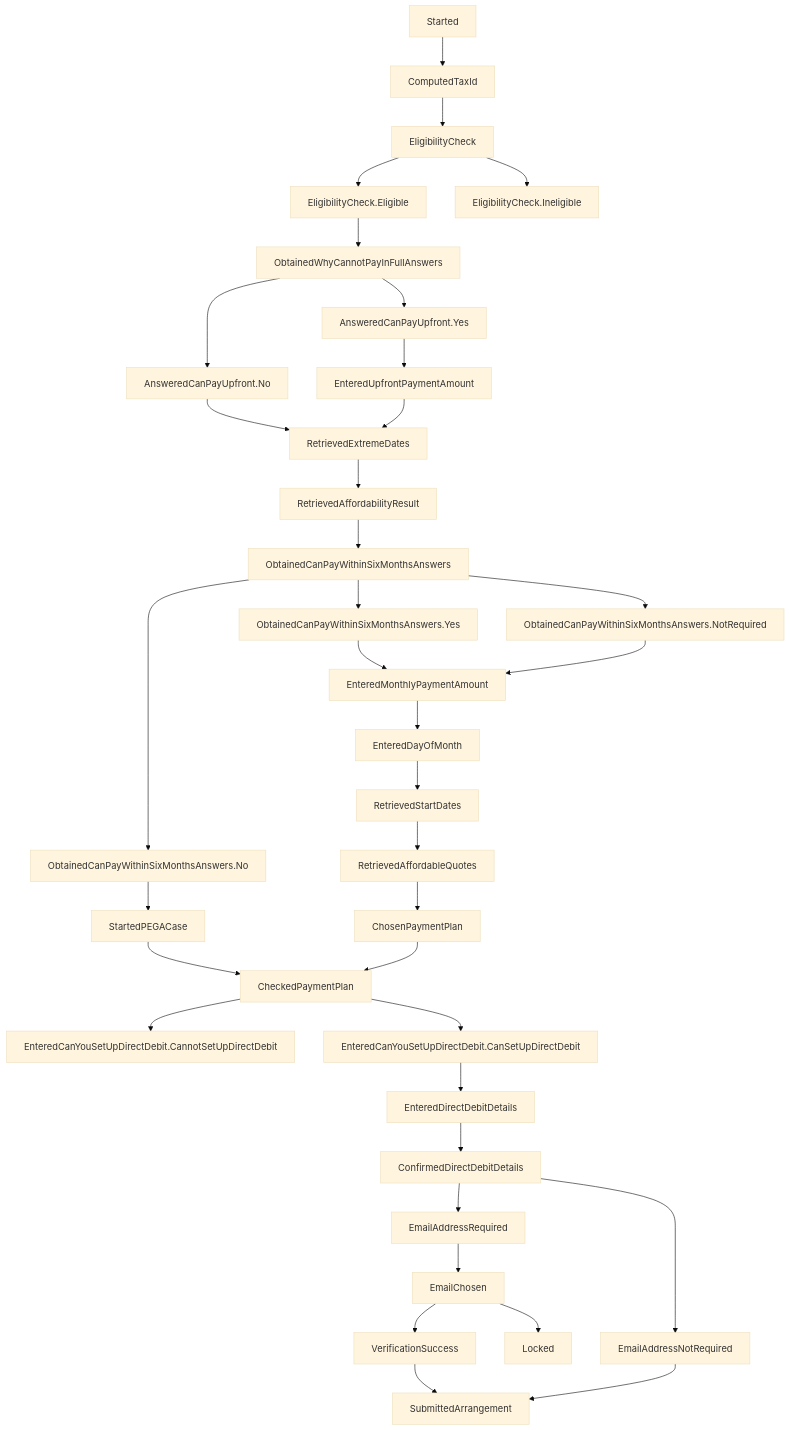
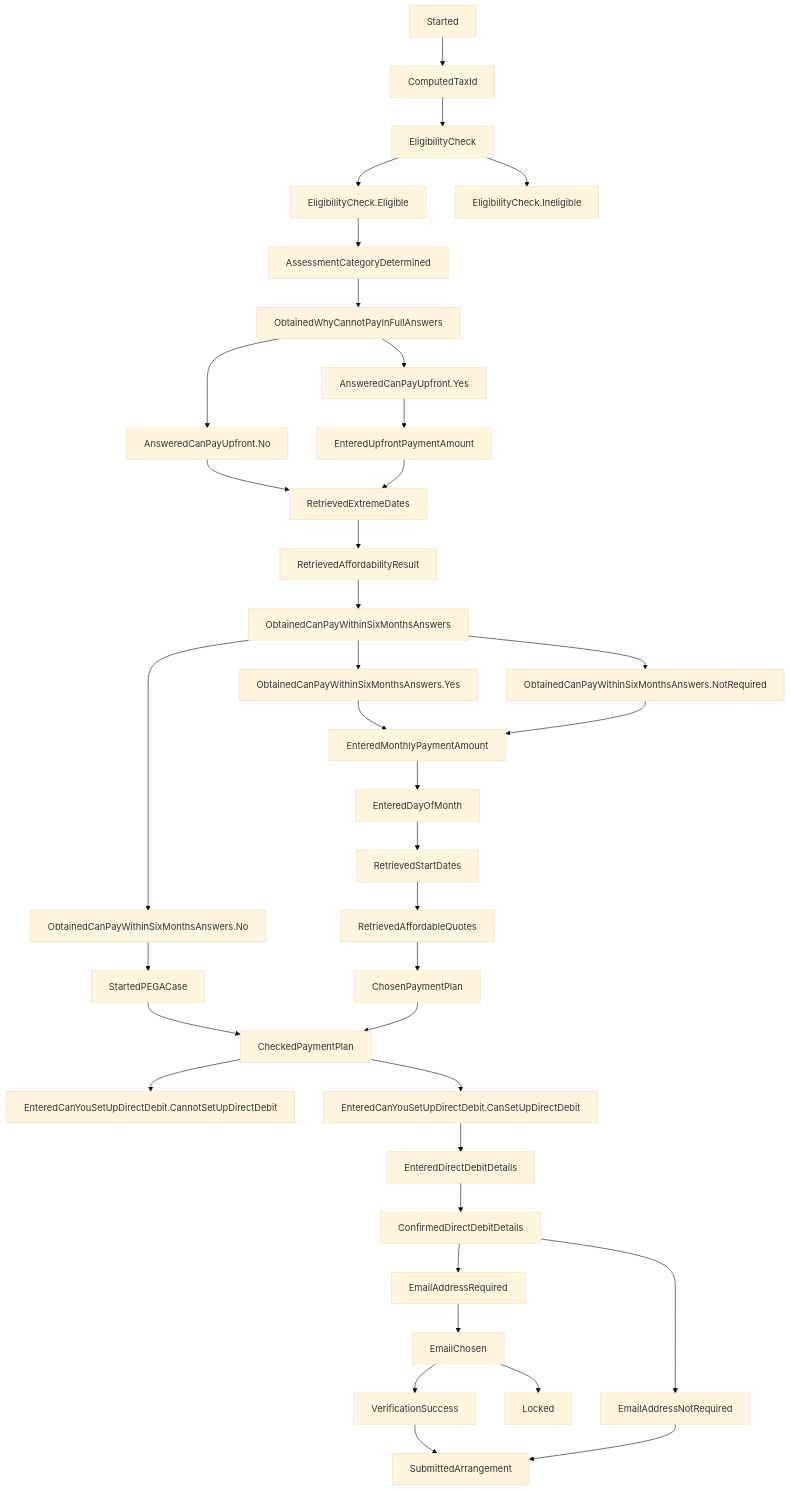
The diagram in README.md (hmrc/essttp-backend), drawn with Mermaid (base theme) before and after one commit. The commit also changed other lines of this file, not shown here.

````diff
--- a/README.md
+++ b/README.md
@@ -38,37 +39,38 @@
 ```mermaid
 graph TD;
     Started --> ComputedTaxId;
     ComputedTaxId --> EligibilityCheck;
     EligibilityCheck --> EligibilityCheck.Eligible;
     EligibilityCheck --> EligibilityCheck.Ineligible;
-    EligibilityCheck.Eligible --> ObtainedWhyCannotPayInFullAnswers;
+    EligibilityCheck.Eligible --> AssessmentCategoryDetermined;
+    AssessmentCategoryDetermined --> ObtainedWhyCannotPayInFullAnswers;
     ObtainedWhyCannotPayInFullAnswers --> AnsweredCanPayUpfront.Yes;
     ObtainedWhyCannotPayInFullAnswers --> AnsweredCanPayUpfront.No;
     AnsweredCanPayUpfront.No --> RetrievedExtremeDates;
     AnsweredCanPayUpfront.Yes --> EnteredUpfrontPaymentAmount --> RetrievedExtremeDates;
     RetrievedExtremeDates --> RetrievedAffordabilityResult;
     RetrievedAffordabilityResult --> ObtainedCanPayWithinSixMonthsAnswers;
     ObtainedCanPayWithinSixMonthsAnswers --> ObtainedCanPayWithinSixMonthsAnswers.Yes;
     ObtainedCanPayWithinSixMonthsAnswers --> ObtainedCanPayWithinSixMonthsAnswers.No;
     ObtainedCanPayWithinSixMonthsAnswers --> ObtainedCanPayWithinSixMonthsAnswers.NotRequired;
     ObtainedCanPayWithinSixMonthsAnswers.Yes --> EnteredMonthlyPaymentAmount;
     ObtainedCanPayWithinSixMonthsAnswers.No --> StartedPEGACase;
     StartedPEGACase --> CheckedPaymentPlan;
     ObtainedCanPayWithinSixMonthsAnswers.NotRequired --> EnteredMonthlyPaymentAmount;
     EnteredMonthlyPaymentAmount --> EnteredDayOfMonth;
     EnteredDayOfMonth --> RetrievedStartDates;
     RetrievedStartDates --> RetrievedAffordableQuotes;
     RetrievedAffordableQuotes --> ChosenPaymentPlan;
     ChosenPaymentPlan --> CheckedPaymentPlan;
     CheckedPaymentPlan --> EnteredCanYouSetUpDirectDebit.CannotSetUpDirectDebit;
     CheckedPaymentPlan --> EnteredCanYouSetUpDirectDebit.CanSetUpDirectDebit;
     EnteredCanYouSetUpDirectDebit.CanSetUpDirectDebit --> EnteredDirectDebitDetails;
     EnteredDirectDebitDetails --> ConfirmedDirectDebitDetails;
     ConfirmedDirectDebitDetails --> EmailAddressRequired;
     ConfirmedDirectDebitDetails --> EmailAddressNotRequired;
     EmailAddressRequired --> EmailChosen;
     EmailChosen --> Locked;
     EmailChosen --> VerificationSuccess;
     VerificationSuccess --> SubmittedArrangement;
     EmailAddressNotRequired --> SubmittedArrangement;
 ```
````
